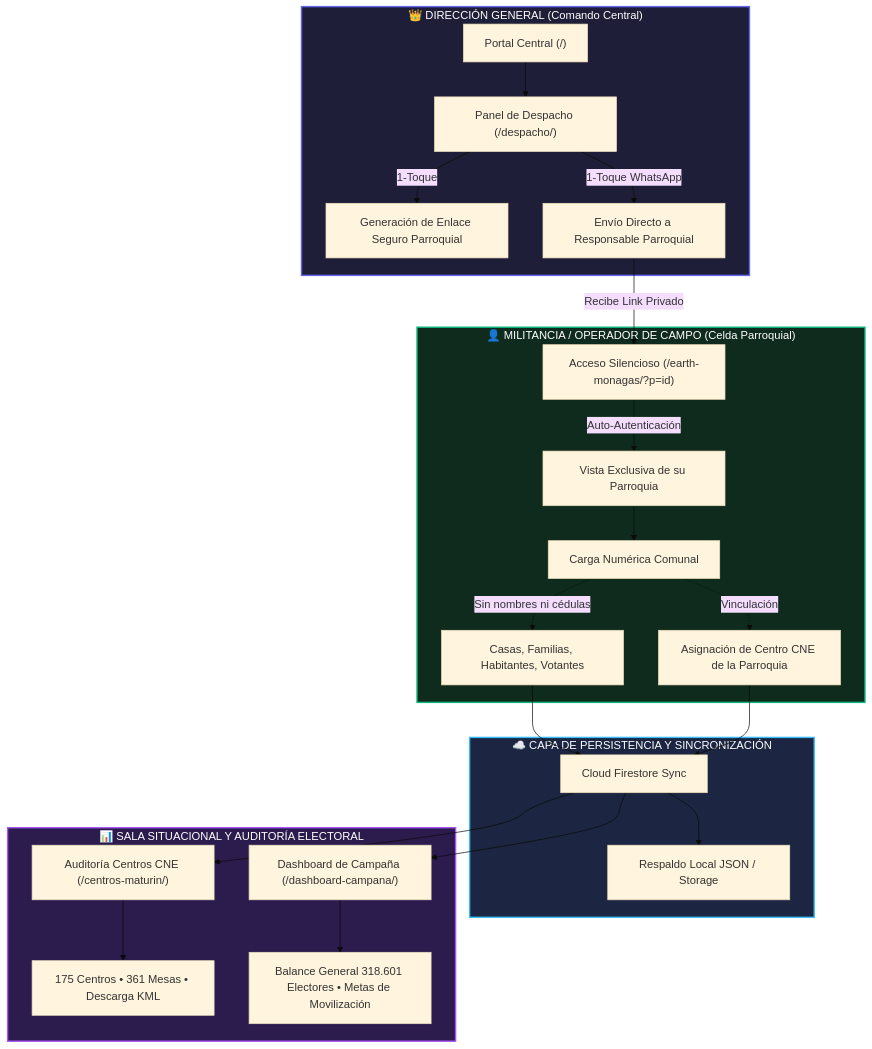
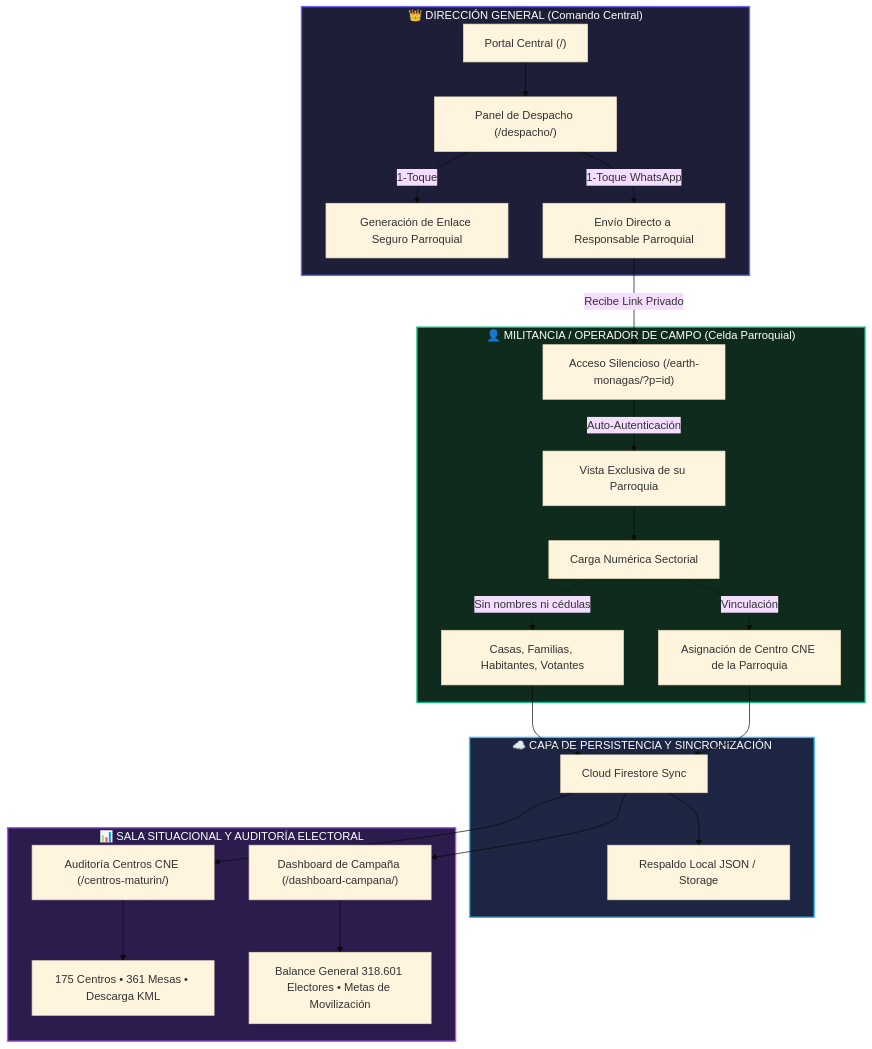
Before and after one commit to diegodona36-netizen/migato-maturin: the diagram in DOCUMENTACION_SISTEMAS.md, drawn with Mermaid (base theme). The commit also changed other lines of this file and 77 other files, not shown here.

````diff
--- a/DOCUMENTACION_SISTEMAS.md
+++ b/DOCUMENTACION_SISTEMAS.md
@@ -21,34 +21,34 @@
 ```mermaid
 flowchart TD
     %% Roles y Niveles
     subgraph DG["👑 DIRECCIÓN GENERAL (Comando Central)"]
         A["Portal Central (/)"] --> B["Panel de Despacho (/despacho/)"]
         B -->|1-Toque| C["Generación de Enlace Seguro Parroquial"]
         B -->|1-Toque WhatsApp| D["Envío Directo a Responsable Parroquial"]
     end
 
     subgraph OP["👤 MILITANCIA / OPERADOR DE CAMPO (Celda Parroquial)"]
         D -->|Recibe Link Privado| E["Acceso Silencioso (/earth-monagas/?p=id)"]
         E -->|Auto-Autenticación| F["Vista Exclusiva de su Parroquia"]
-        F --> G["Carga Numérica Comunal"]
+        F --> G["Carga Numérica Sectorial"]
         G -.->|Sin nombres ni cédulas| H["Casas, Familias, Habitantes, Votantes"]
         G -.->|Vinculación| I["Asignación de Centro CNE de la Parroquia"]
     end
 
     subgraph CLOUD["☁️ CAPA DE PERSISTENCIA Y SINCRONIZACIÓN"]
         H & I --> J["Cloud Firestore Sync"]
         J --> K["Respaldo Local JSON / Storage"]
     end
 
     subgraph INTEL["📊 SALA SITUACIONAL Y AUDITORÍA ELECTORAL"]
         J --> L["Auditoría Centros CNE (/centros-maturin/)"]
         J --> M["Dashboard de Campaña (/dashboard-campana/)"]
         L --> N["175 Centros • 361 Mesas • Descarga KML"]
         M --> O["Balance General 318.601 Electores • Metas de Movilización"]
     end
 
     style DG fill:#1e1e38,stroke:#6366f1,stroke-width:2px,color:#fff
     style OP fill:#0f2b1d,stroke:#10b981,stroke-width:2px,color:#fff
     style CLOUD fill:#1c2541,stroke:#38bdf8,stroke-width:2px,color:#fff
     style INTEL fill:#2c1b4d,stroke:#a855f7,stroke-width:2px,color:#fff
 ```
````
